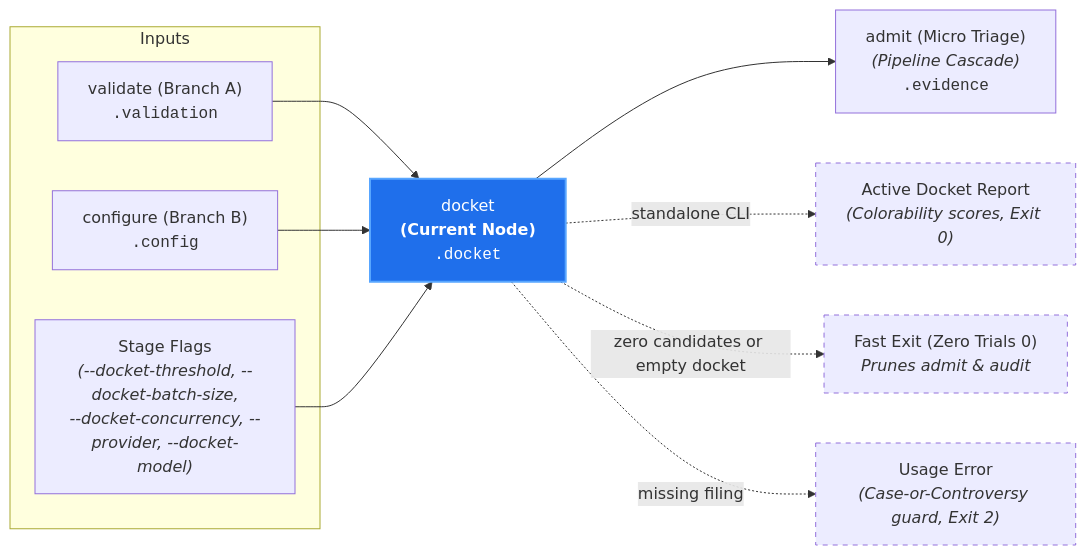
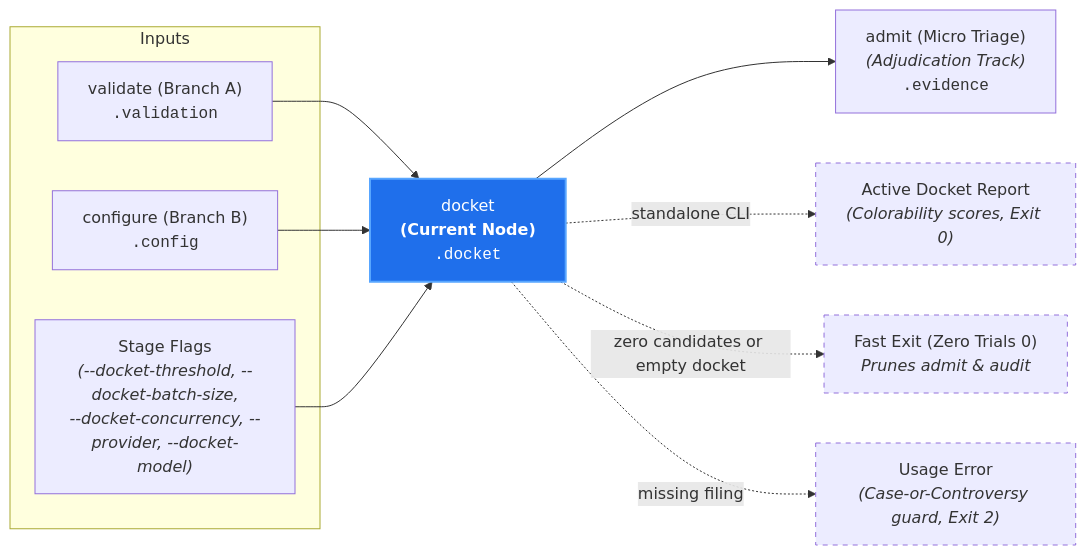
The diagram in docs/architecture/nodes/docket.md (PAIR-code/canon-clerk), drawn with Mermaid before and after one commit. The commit also changed other lines of this file and 18 other files, not shown here.

````diff
--- a/docs/architecture/nodes/docket.md
+++ b/docs/architecture/nodes/docket.md
@@ -22,22 +22,22 @@
 ```mermaid
 flowchart LR
     subgraph Inputs["Inputs"]
         Validate["validate (Branch A)<br/><code>.validation</code>"]
         Config["configure (Branch B)<br/><code>.config</code>"]
         Params["Stage Flags<br/><i>(--docket-threshold, --docket-batch-size,<br/>--docket-concurrency, --provider, --docket-model)</i>"]
     end
 
     Validate --> Docket["docket<br/><b>(Current Node)</b><br/><code>.docket</code>"]
     Config --> Docket
     Params --> Docket
 
-    Docket --> Admit["admit (Micro Triage)<br/><i>(Pipeline Cascade)</i><br/><code>.evidence</code>"]
+    Docket --> Admit["admit (Micro Triage)<br/><i>(Adjudication Track)</i><br/><code>.evidence</code>"]
     Docket -. "standalone CLI" .-> DocketReport["Active Docket Report<br/><i>(Colorability scores, Exit 0)</i>"]
     Docket -. "zero candidates or empty docket" .-> ZeroCases["Fast Exit (Zero Trials 0)<br/><i>Prunes admit & audit</i>"]
     Docket -. "missing filing" .-> UsageError["Usage Error<br/><i>(Case-or-Controversy guard, Exit 2)</i>"]
 
     style Docket fill:#1f6feb,stroke:#58a6ff,stroke-width:2px,color:#fff
     style DocketReport stroke-dasharray: 5 5
     style ZeroCases stroke-dasharray: 5 5
     style UsageError stroke-dasharray: 5 5
 ```
````
